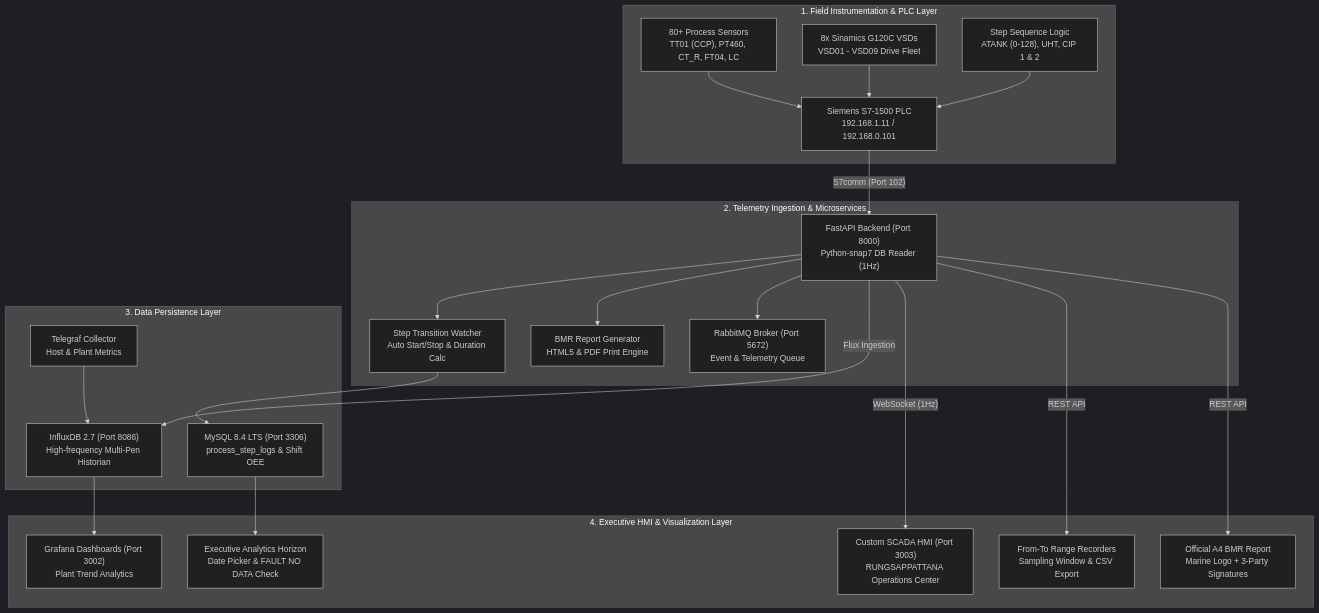
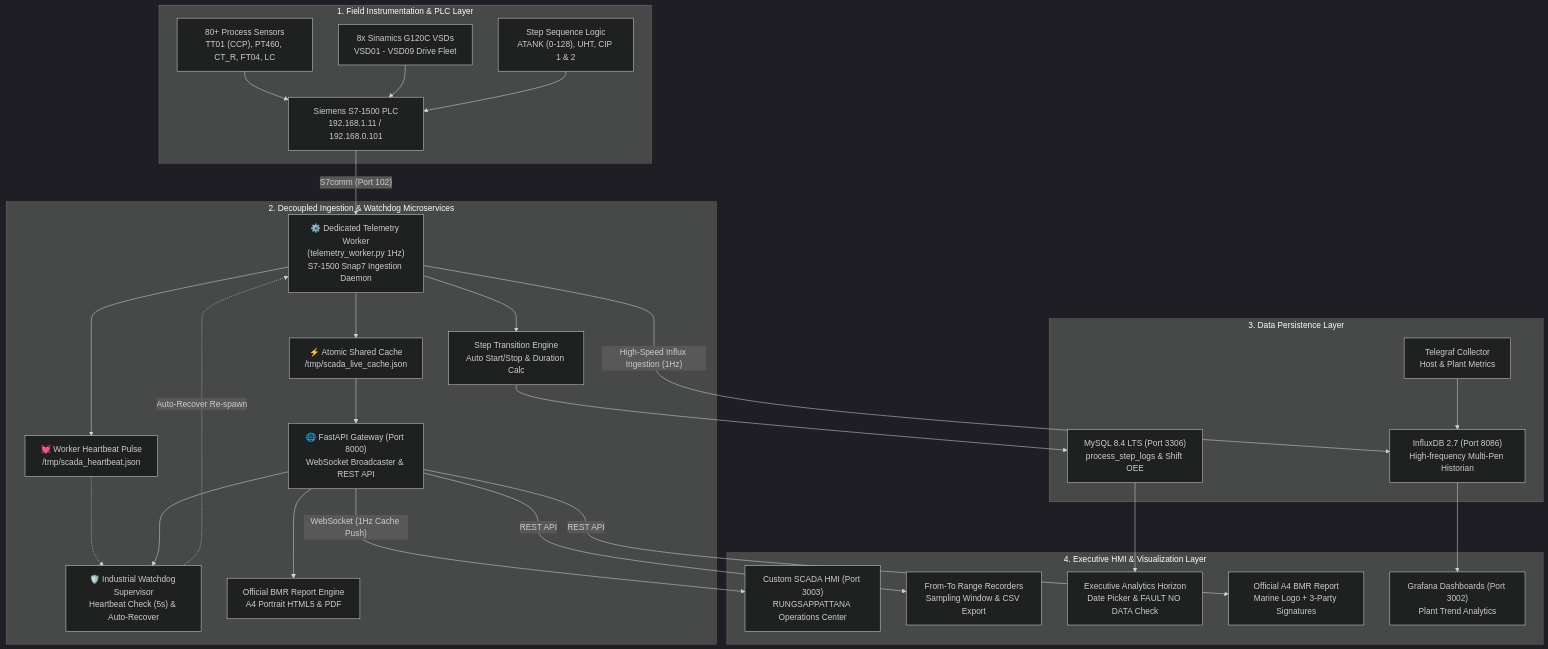
The diagram in README.md (xFreedom777/TH-Pack-DashBoard), drawn with Mermaid (dark theme) before and after one commit.

Commit message:
docs: update system architecture diagram to reflect decoupled worker and watchdog supervisor

````diff
--- a/README.md
+++ b/README.md
@@ -52,45 +52,56 @@
 ```mermaid
 graph TD
     subgraph Layer1["1. Field Instrumentation & PLC Layer"]
         PLC["Siemens S7-1500 PLC<br/>192.168.1.11 / 192.168.0.101"]
         Sensors["80+ Process Sensors<br/>TT01 (CCP), PT460, CT_R, FT04, LC"]
         VSDs["8x Sinamics G120C VSDs<br/>VSD01 - VSD09 Drive Fleet"]
         StepEngine["Step Sequence Logic<br/>ATANK (0-128), UHT, CIP 1 & 2"]
         Sensors --> PLC
         VSDs --> PLC
         StepEngine --> PLC
     end
 
-    subgraph Layer2["2. Telemetry Ingestion & Microservices"]
-        Backend["FastAPI Backend (Port 8000)<br/>Python-snap7 DB Reader (1Hz)"]
-        Tracker["Step Transition Watcher<br/>Auto Start/Stop & Duration Calc"]
-        Reporter["BMR Report Generator<br/>HTML5 & PDF Print Engine"]
-        RabbitMQ["RabbitMQ Broker (Port 5672)<br/>Event & Telemetry Queue"]
-        PLC -- S7comm (Port 102) --> Backend
-        Backend --> Tracker
+    subgraph Layer2["2. Decoupled Ingestion & Watchdog Microservices"]
+        Worker["⚙️ Dedicated Telemetry Worker<br/>(telemetry_worker.py 1Hz)<br/>S7-1500 Snap7 Ingestion Daemon"]
+        Tracker["Step Transition Engine<br/>Auto Start/Stop & Duration Calc"]
+        Supervisor["🛡️ Industrial Watchdog Supervisor<br/>Heartbeat Check (5s) & Auto-Recover"]
+        Cache["⚡ Atomic Shared Cache<br/>/tmp/scada_live_cache.json"]
+        Heartbeat["💓 Worker Heartbeat Pulse<br/>/tmp/scada_heartbeat.json"]
+        Backend["🌐 FastAPI Gateway (Port 8000)<br/>WebSocket Broadcaster & REST API"]
+        Reporter["Official BMR Report Engine<br/>A4 Portrait HTML5 & PDF"]
+
+        PLC -- S7comm (Port 102) --> Worker
+        Worker --> Tracker
+        Worker --> Cache
+        Worker --> Heartbeat
+        Supervisor -.->|Auto-Recover Re-spawn| Worker
+        Heartbeat -.-> Supervisor
+        Backend --> Supervisor
+        Cache --> Backend
         Backend --> Reporter
-        Backend --> RabbitMQ
     end
 
     subgraph Layer3["3. Data Persistence Layer"]
         InfluxDB["InfluxDB 2.7 (Port 8086)<br/>High-frequency Multi-Pen Historian"]
         MySQL["MySQL 8.4 LTS (Port 3306)<br/>process_step_logs & Shift OEE"]
         Telegraf["Telegraf Collector<br/>Host & Plant Metrics"]
+        
+        Worker -- High-Speed Influx Ingestion (1Hz) --> InfluxDB
         Tracker --> MySQL
-        Backend -- Flux Ingestion --> InfluxDB
         Telegraf --> InfluxDB
     end
 
     subgraph Layer4["4. Executive HMI & Visualization Layer"]
         SCADA["Custom SCADA HMI (Port 3003)<br/>RUNGSAPPATTANA Operations Center"]
         HistorianUI["From-To Range Recorders<br/>Sampling Window & CSV Export"]
         OverviewUI["Executive Analytics Horizon<br/>Date Picker & FAULT NO DATA Check"]
         BMRDoc["Official A4 BMR Report<br/>Marine Logo + 3-Party Signatures"]
         Grafana["Grafana Dashboards (Port 3002)<br/>Plant Trend Analytics"]
-        Backend -- WebSocket (1Hz) --> SCADA
+
+        Backend -- WebSocket (1Hz Cache Push) --> SCADA
         Backend -- REST API --> HistorianUI
         Backend -- REST API --> BMRDoc
         MySQL --> OverviewUI
         InfluxDB --> Grafana
     end
 ```
````
